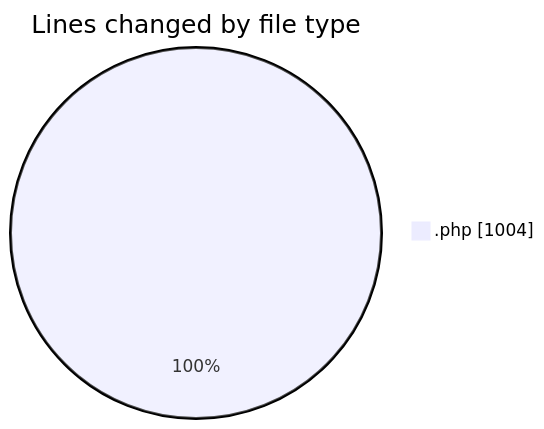
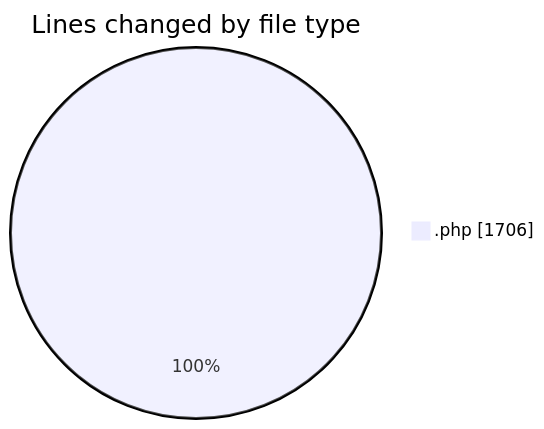
Before and after one commit to debugP/code-tracking: the first of 2 diagrams in 2026-10-12/untitled__workspace_/README.md, drawn with Mermaid. The commit also changed other lines of this file and 1 other file, not shown here.

````diff
--- a/2026-10-12/untitled__workspace_/README.md
+++ b/2026-10-12/untitled__workspace_/README.md
@@ -23,5 +23,5 @@
 ```mermaid
 pie showData
 title Lines changed by file type
-".php" : 1004
+".php" : 1706
 ```
````
